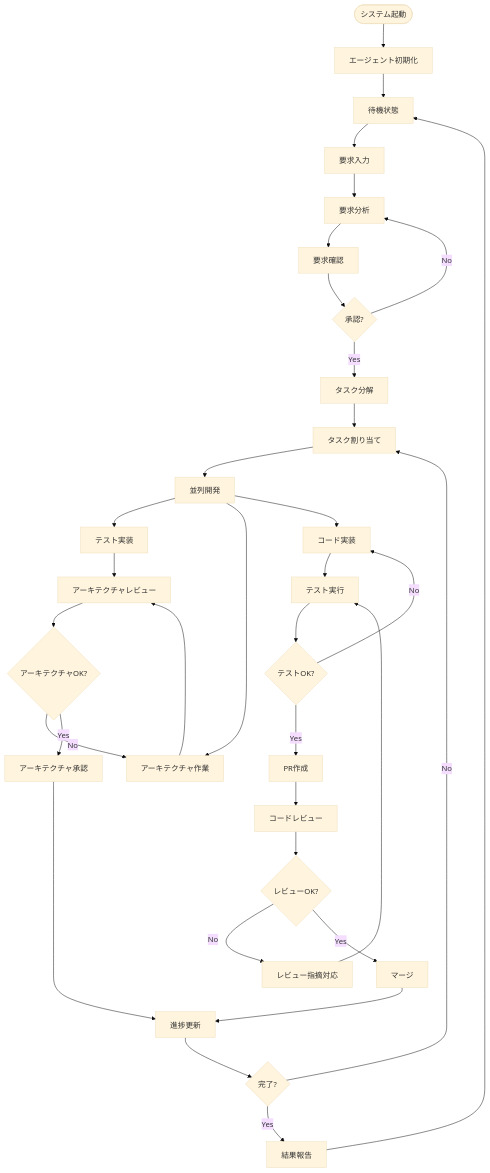
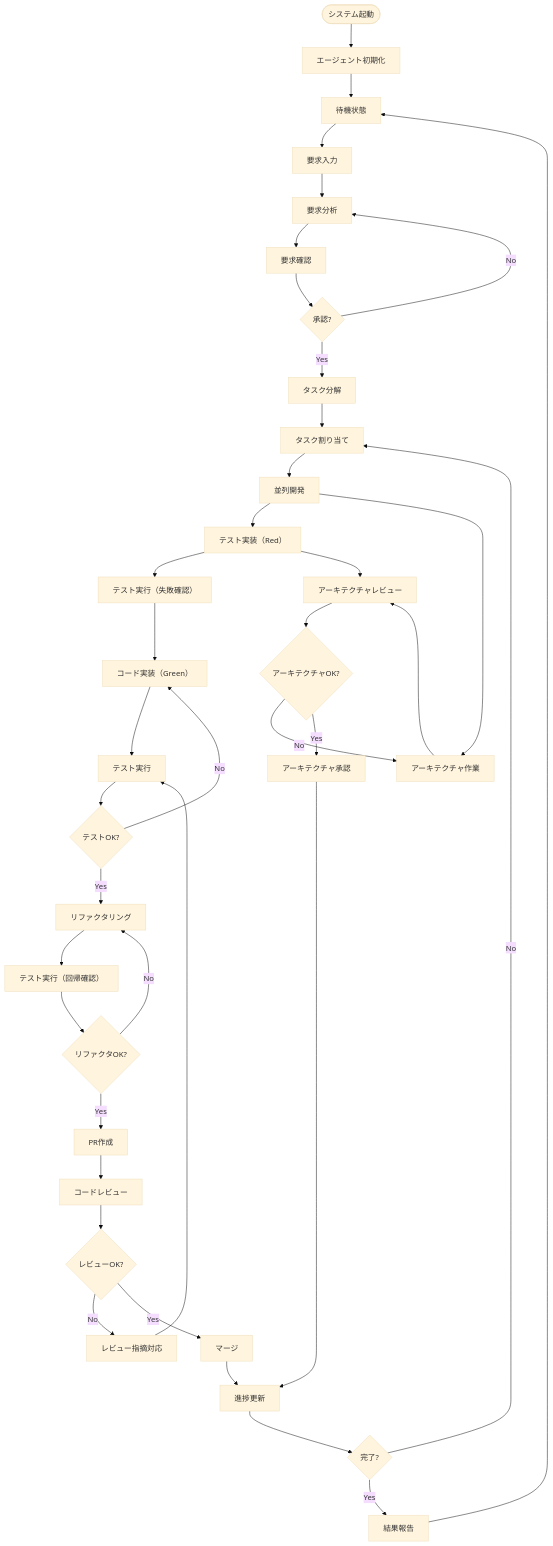
The third of 14 diagrams in docs/development-flow/design/architecture_dataflow_diagrams.md (norinoriver/ai-multi-agent), drawn with Mermaid (base theme) before and after one commit.

Commit message:
fix: 正しいT-WADA style TDDフローに修正
正しいTDDサイクルに変更:
1. Red: テスト実装 → テスト実行（失敗確認）
2. Green: コード実装 → テスト実行 → 成功まで繰り返し
3. Refactor: リファクタリング → 回帰テストで確認

テストファーストの原則に従い、失敗するテストから開始して
そのテストを成功させるためのコード実装を行う正しいTDD実装

🤖 Generated with [Claude Code](https://claude.ai/code)

````diff
--- a/docs/development-flow/design/architecture_dataflow_diagrams.md
+++ b/docs/development-flow/design/architecture_dataflow_diagrams.md
@@ -130,46 +130,53 @@
 ```mermaid
 flowchart TD
     Start([システム起動]) --> Init[エージェント初期化]
     Init --> Ready[待機状態]
     Ready --> ReqInput[要求入力]
     
     ReqInput --> ReqAnalysis[要求分析]
     ReqAnalysis --> ReqConfirm[要求確認]
     ReqConfirm --> Approved{承認?}
     Approved -->|No| ReqAnalysis
     Approved -->|Yes| TaskDecomp[タスク分解]
     
     TaskDecomp --> TaskAssign[タスク割り当て]
     TaskAssign --> ParallelDev[並列開発]
     
-    ParallelDev --> TestImpl[テスト実装]
+    ParallelDev --> TestImpl[テスト実装（Red）]
     ParallelDev --> ArchWork[アーキテクチャ作業]
-    ParallelDev --> CodeImpl[コード実装]
+    
+    TestImpl --> TestExecRed[テスト実行（失敗確認）]
+    TestExecRed --> CodeImpl[コード実装（Green）]
     
     CodeImpl --> TestExec[テスト実行]
     TestExec --> TestOK{テストOK?}
     TestOK -->|No| CodeImpl
-    TestOK -->|Yes| PRCreate[PR作成]
+    TestOK -->|Yes| Refactor[リファクタリング]
+    
+    Refactor --> TestExecRefactor[テスト実行（回帰確認）]
+    TestExecRefactor --> RefactorOK{リファクタOK?}
+    RefactorOK -->|No| Refactor
+    RefactorOK -->|Yes| PRCreate[PR作成]
     
     PRCreate --> CodeReview[コードレビュー]
     CodeReview --> ReviewOK{レビューOK?}
     ReviewOK -->|No| CodeFix[レビュー指摘対応]
     CodeFix --> TestExec
     ReviewOK -->|Yes| Merge[マージ]
     
     TestImpl --> ArchReview[アーキテクチャレビュー]
     ArchWork --> ArchReview
     
     ArchReview --> ArchOK{アーキテクチャOK?}
     ArchOK -->|No| ArchWork
     ArchOK -->|Yes| ArchApprove[アーキテクチャ承認]
     
     Merge --> Progress[進捗更新]
     ArchApprove --> Progress
     
     Progress --> Complete{完了?}
     Complete -->|No| TaskAssign
     Complete -->|Yes| Report[結果報告]
     
     Report --> Ready
 ```
````
